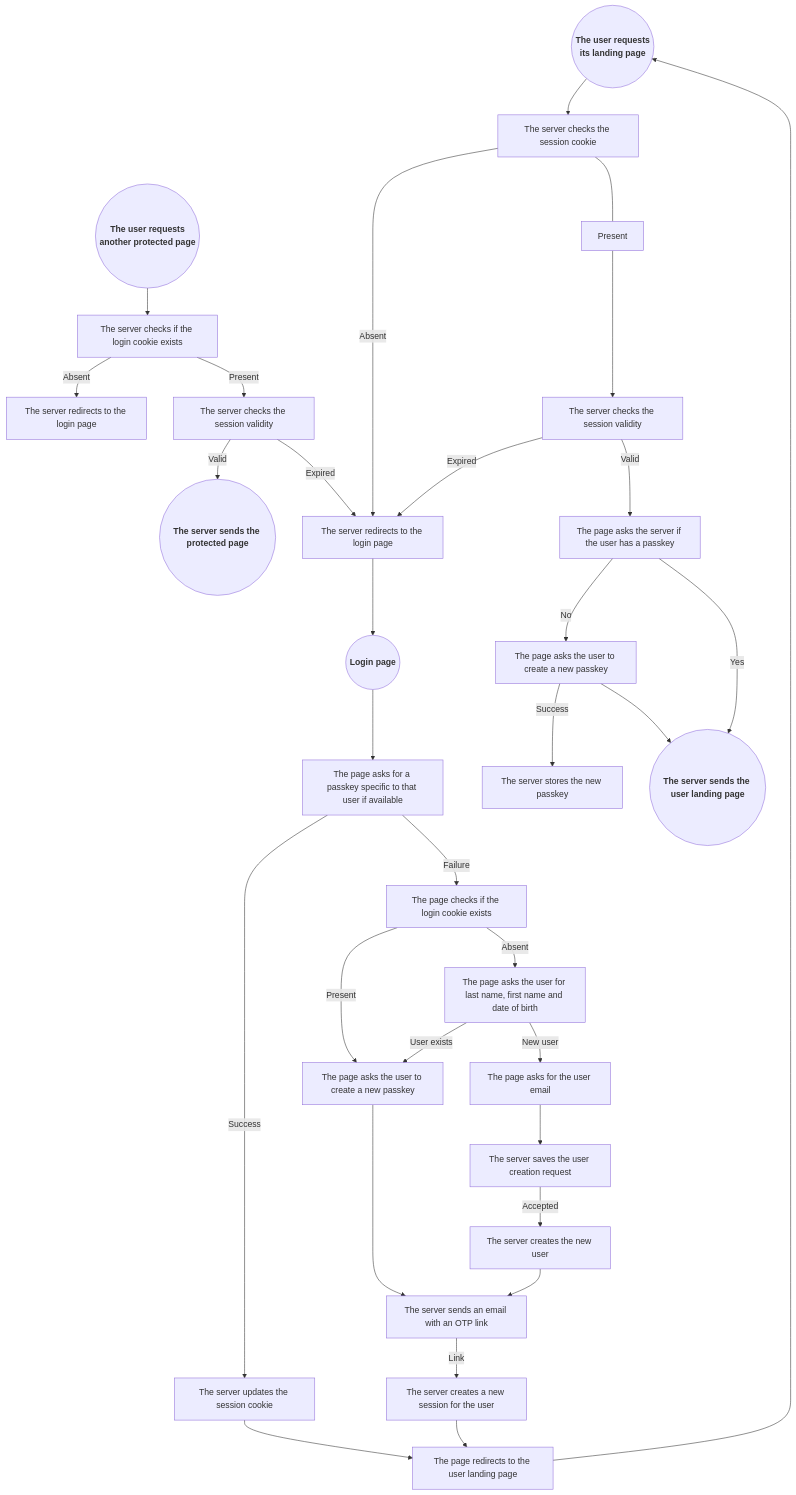
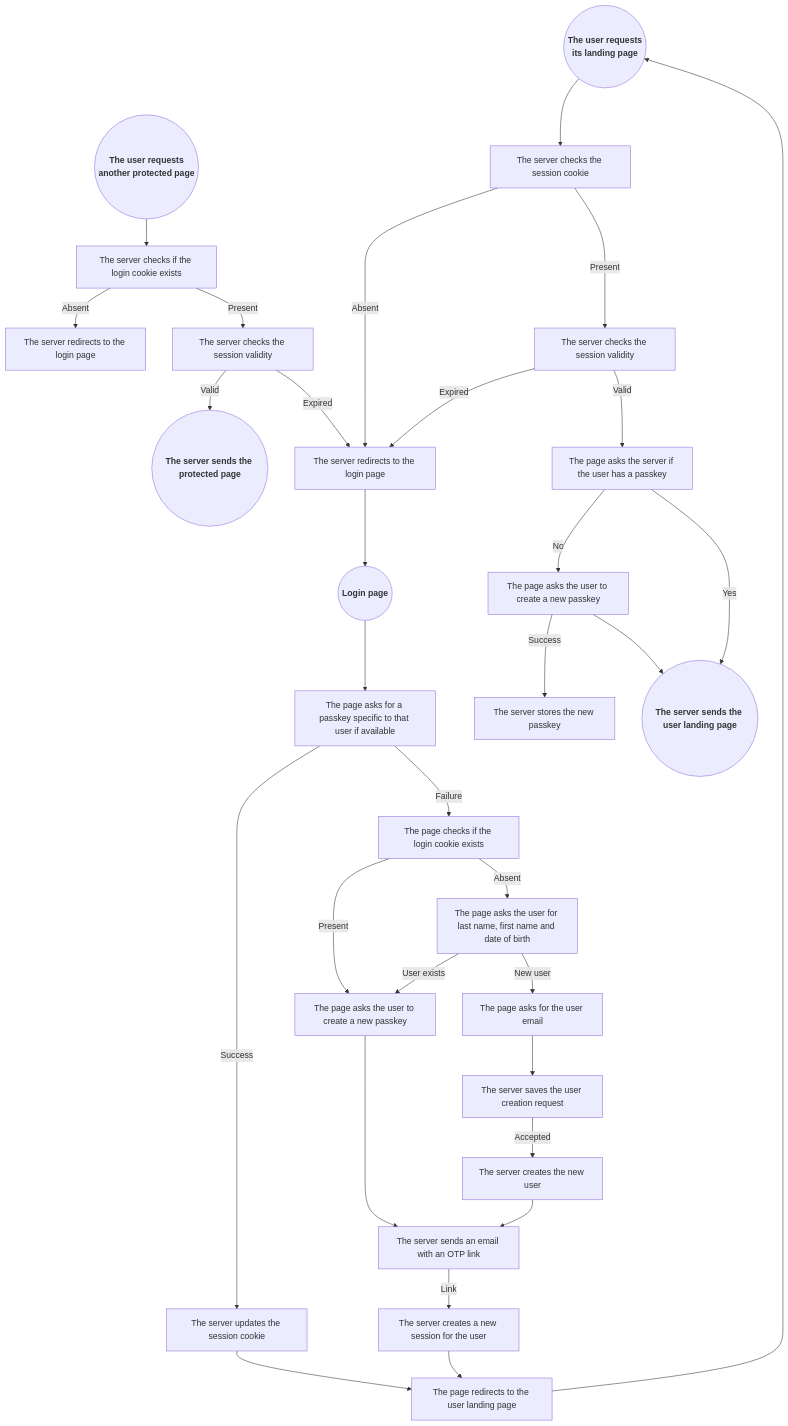
The diagram in README.md (programingjd/tiered_server), drawn with Mermaid before and after one commit.

````diff
--- a/README.md
+++ b/README.md
@@ -123,40 +123,40 @@
 ```mermaid
 graph TD;
   UserLandingPageRequest(("<b>The user requests<br>its landing page</b>"))
   ProtectedPageRequest(("<b>The user requests<br>another protected page</b>"))
   LoginPageRequest(("<b>Login page</b>"))
   
   ProtectedPageRequest-->QueryCookie1[The server checks if the login cookie exists]
   QueryCookie1-->|Absent|LoginPageRedirect1[The server redirects to the login page]
   QueryCookie1-->|Present|CheckSessionValidity1[The server checks the session validity]
   CheckSessionValidity1-->|Valid|ProtectedPageResponse(("<b>The server sends the protected page<b>"))
   CheckSessionValidity1-->|Expired|LoginPageRedirect
 
   UserLandingPageRequest-->QueryCookie2[The server checks the session cookie]
-  QueryCookie2--Absent-->LoginPageRedirect[The server redirects to the login page]
-  QueryCookie2---Present--->CheckSessionValidity2[The server checks the session validity]
+  QueryCookie2-->|Absent|LoginPageRedirect[The server redirects to the login page]
+  QueryCookie2--->|Present|CheckSessionValidity2[The server checks the session validity]
   CheckSessionValidity2-->|Expired|LoginPageRedirect
   CheckSessionValidity2-->|Valid|QueryExistingPasskey2[The page asks the server if the user has a passkey]
   QueryExistingPasskey2-->|No|NewPasskeyPrompt2[The page asks the user to create a new passkey]
   QueryExistingPasskey2-->|Yes|UserLandingPageResponse(("<b>The server sends the user landing page<b>"))
   NewPasskeyPrompt2-->|Success|NewPasskeyStore2[The server stores the new passkey]
   NewPasskeyPrompt2-->UserLandingPageResponse
 
   LoginPageRequest-->QueryPasskey[The page asks for a passkey specific to that user if available]
   QueryPasskey-->|Success|SessionCookieUpdate[The server updates the session cookie]
   SessionCookieUpdate-->UserLandingPageRedirect[The page redirects to the user landing page]
   QueryPasskey-->|Failure|QueryCookie3[The page checks if the login cookie exists]
   QueryCookie3-->|Present|NewPasskeyPrompt3[The page asks the user to create a new passkey]
   QueryCookie3-->|Absent|UserForm[The page asks the user for last name, first name and date of birth]
   UserForm-->|User exists|NewPasskeyPrompt3
   NewPasskeyPrompt3-->EmailOTP[The server sends an email with an OTP link]
   EmailOTP-->|Link|NewSession[The server creates a new session for the user]
   NewSession-->UserLandingPageRedirect
   UserForm-->|New user|NewUser[The page asks for the user email]
   NewUser-->UserModeration[The server saves the user creation request]
   UserModeration-->|Accepted|UserCreation[The server creates the new user]
   UserCreation-->EmailOTP
   
   UserLandingPageRedirect-->UserLandingPageRequest
   LoginPageRedirect-->LoginPageRequest
 ```
````
